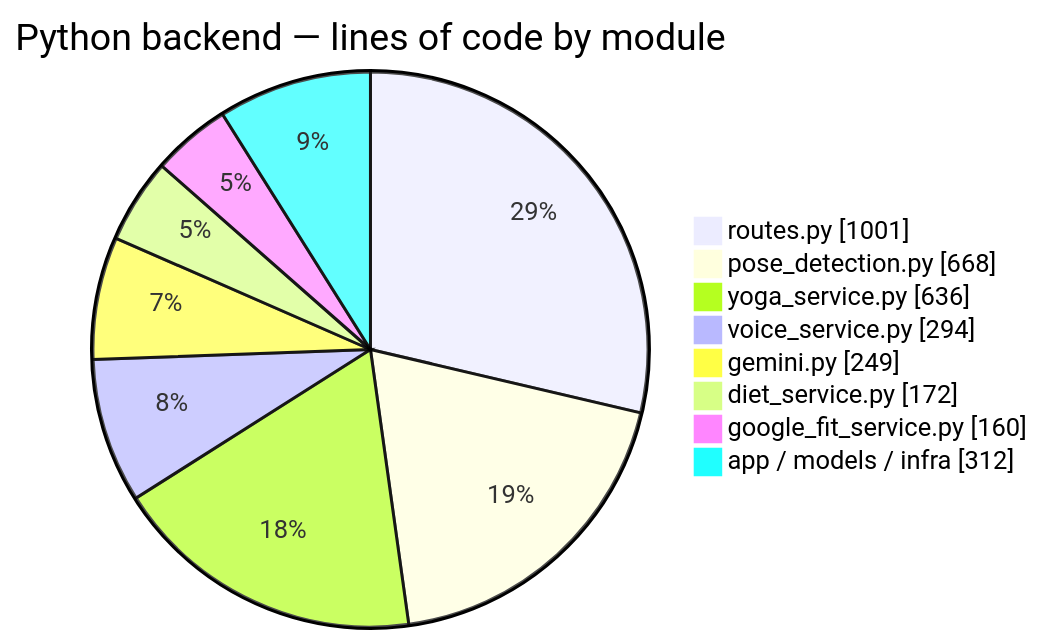
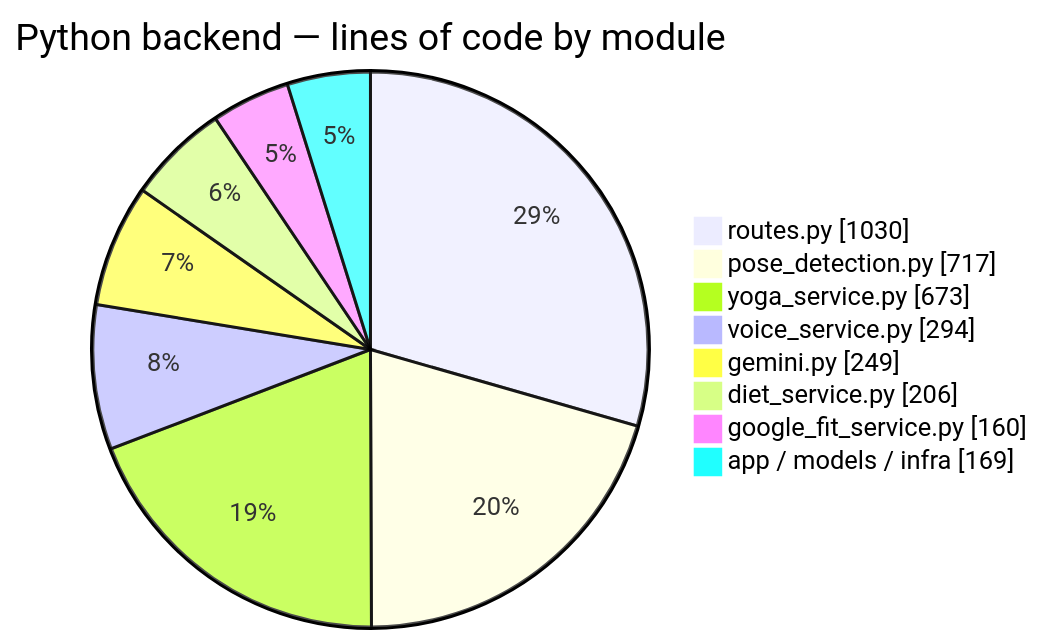
Before and after one commit to rishabhverma007/VISION-FIT-AI: the tenth of 10 diagrams in README.md, drawn with Mermaid. The commit also changed other lines of this file and 1 other file, not shown here.

````diff
--- a/README.md
+++ b/README.md
@@ -536,11 +543,11 @@
 ```mermaid
 pie showData title Python backend — lines of code by module
-    "routes.py" : 1001
-    "pose_detection.py" : 668
-    "yoga_service.py" : 636
+    "routes.py" : 1030
+    "pose_detection.py" : 717
+    "yoga_service.py" : 673
     "voice_service.py" : 294
     "gemini.py" : 249
-    "diet_service.py" : 172
+    "diet_service.py" : 206
     "google_fit_service.py" : 160
-    "app / models / infra" : 312
+    "app / models / infra" : 169
 ```
````
